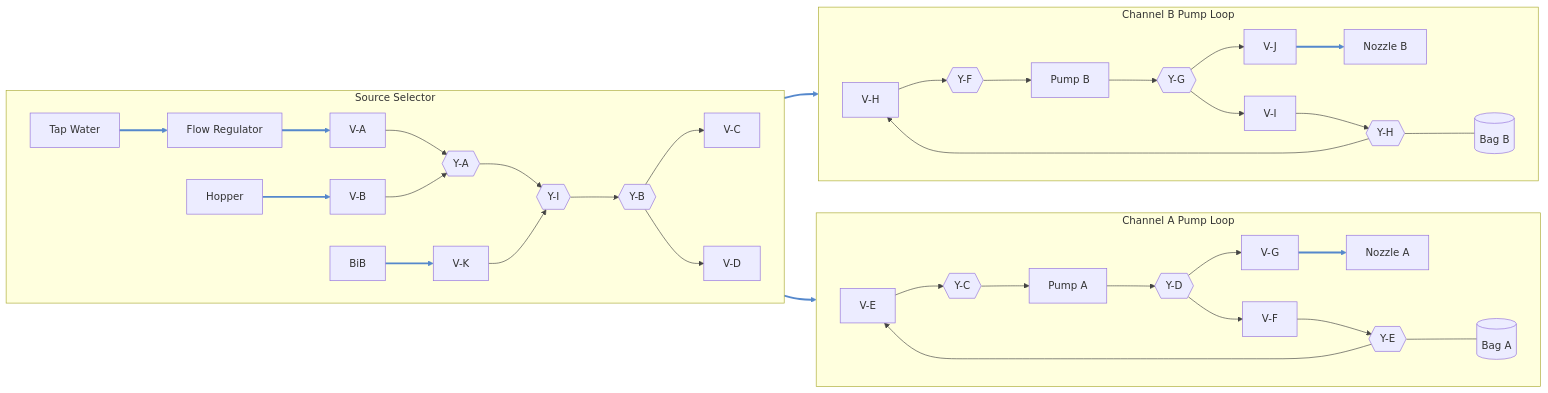
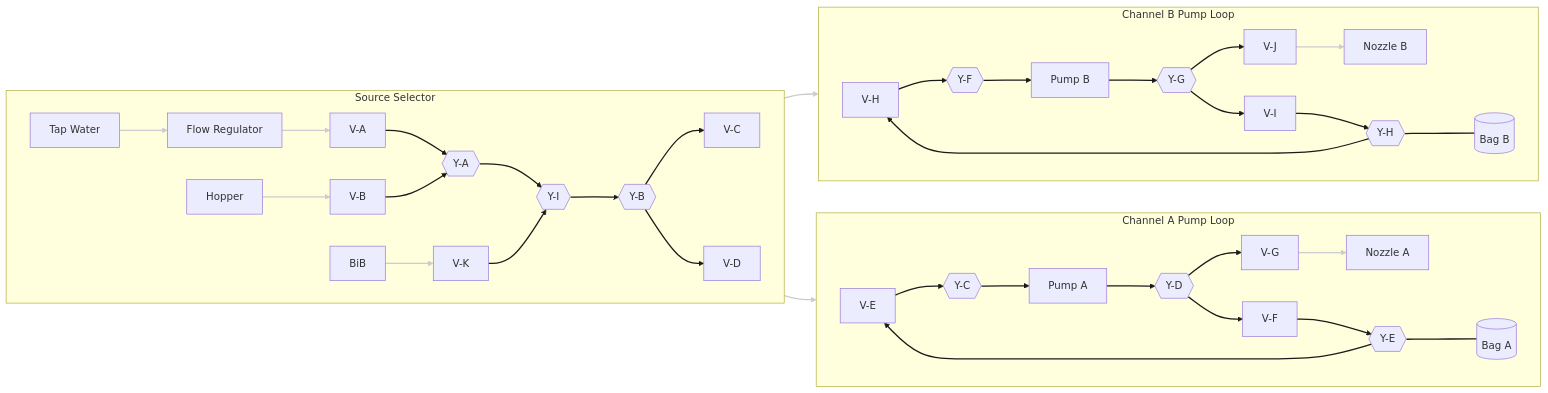
The diagram in hardware/topology/fluid-topology.mmd (derekbreden/soda-flavor-injector), drawn with Mermaid before and after one commit.

Commit message:
Adjust link style colors for fluid topology diagram
Long runs: #ccc, short connections: #1a1a1a (matches background to hide).

```diff
--- a/hardware/topology/fluid-topology.mmd
+++ b/hardware/topology/fluid-topology.mmd
@@ -1,57 +1,57 @@
 flowchart LR
 
   %% =========================
   %% Shared source / selection module
   %% =========================
   subgraph Selector["Source Selector"]
     direction LR
 
     Tap["Tap Water"] --> Reg["Flow Regulator"] --> VA["V-A"]
     Hopper["Hopper"] --> VB["V-B"]
     BiB["BiB"] --> VK["V-K"]
 
     VA --> YA{{"Y-A"}}
     VB --> YA
     YA --> YI{{"Y-I"}}
     VK --> YI
     YI --> YB{{"Y-B"}}
     YB --> VC["V-C"]
     YB --> VD["V-D"]
   end
 
   %% =========================
   %% Channel A module
   %% =========================
   subgraph PumpLoopA["Channel A Pump Loop"]
     direction LR
 
     VE["V-E"] --> YC{{"Y-C"}} --> PA["Pump A"] --> YD{{"Y-D"}}
     YD --> VG["V-G"] --> NozzleA["Nozzle A"]
     YD --> VF["V-F"] --> YE{{"Y-E"}}
     YE --- BagA[("Bag A")]
     YE --> VE
   end
 
   %% =========================
   %% Channel B module
   %% =========================
   subgraph PumpLoopB["Channel B Pump Loop"]
     direction LR
 
     VH["V-H"] --> YF{{"Y-F"}} --> PB["Pump B"] --> YG{{"Y-G"}}
     YG --> VJ["V-J"] --> NozzleB["Nozzle B"]
     YG --> VI["V-I"] --> YH{{"Y-H"}}
     YH --- BagB[("Bag B")]
     YH --> VH
   end
 
   %% =========================
   %% Cross-module connections
   %% =========================
   VC --> YC
   VD --> YF
 
   %% Long tube runs (sources, nozzles, cross-module)
-  linkStyle 0,1,2,3,15,24,29,30 stroke:#5588cc,stroke-width:3px
+  linkStyle 0,1,2,3,15,24,29,30 stroke:#ccc,stroke-width:2px
   %% Short/negligible connections (V↔Y, Y↔Y, Y↔pump, Y↔bag)
-  linkStyle 4,5,6,7,8,9,10,11,12,13,14,16,17,18,19,20,21,22,23,25,26,27,28 stroke:#444,stroke-width:1px
+  linkStyle 4,5,6,7,8,9,10,11,12,13,14,16,17,18,19,20,21,22,23,25,26,27,28 stroke:#1a1a1a,stroke-width:2px
```
